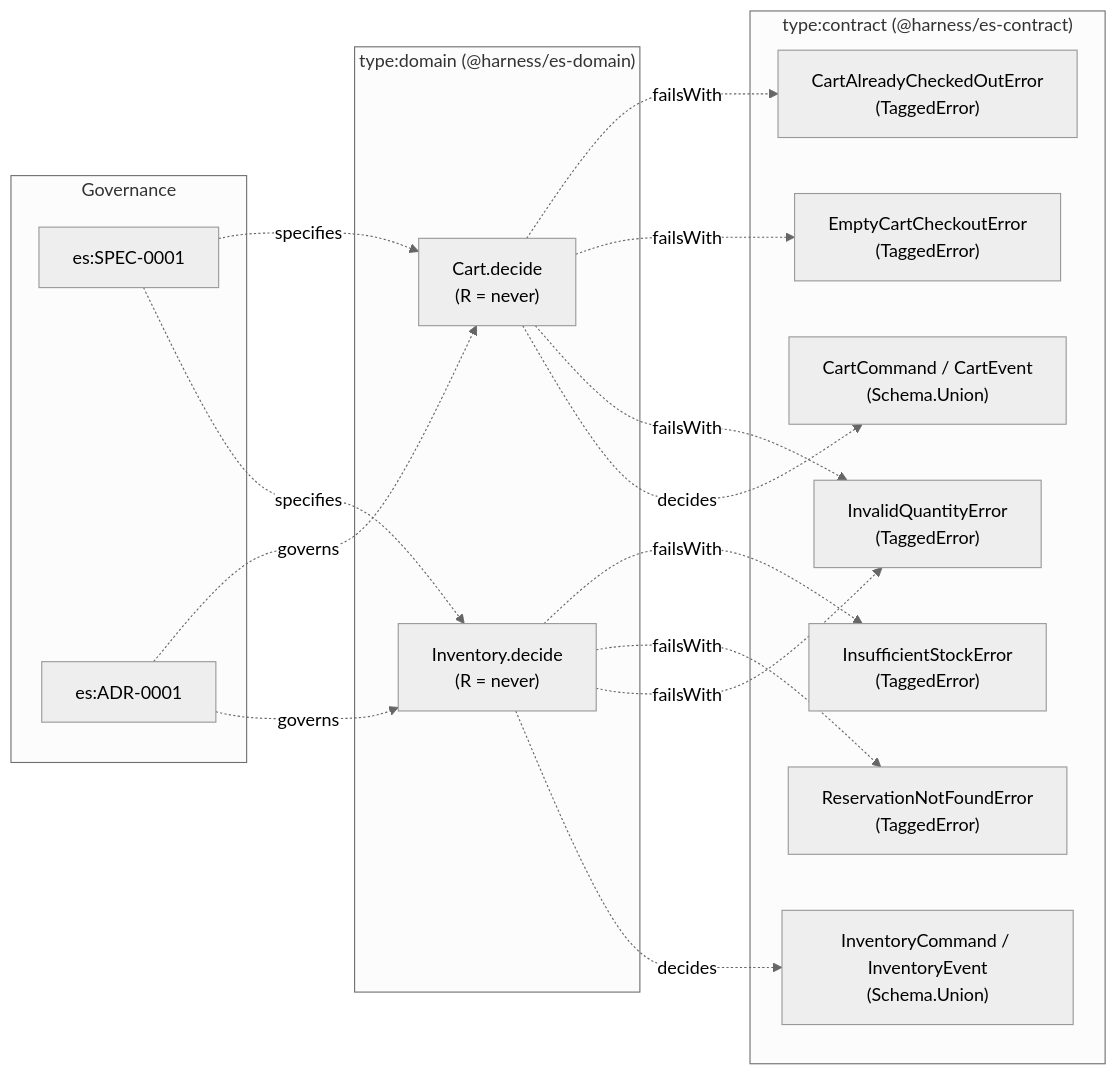
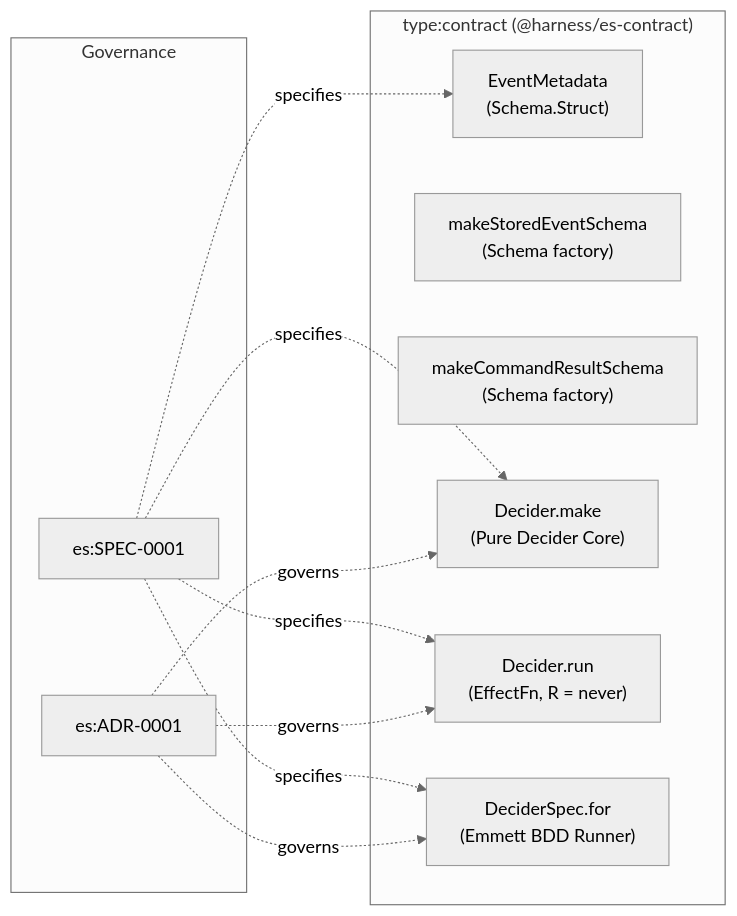
Before and after one commit to selmeci/effect-es: the diagram in libs/es/docs/specs/2026-10-28-es-decider-core.md, drawn with Mermaid (neutral theme). The commit also changed other lines of this file and 16 other files, not shown here.

Commit message:
refactor(es): isolate Cart and Inventory domain models to test fixtures

````diff
--- a/libs/es/docs/specs/2026-10-28-es-decider-core.md
+++ b/libs/es/docs/specs/2026-10-28-es-decider-core.md
@@ -105,37 +69,24 @@
 ```mermaid
 flowchart LR
     subgraph "type:contract (@harness/es-contract)"
-        E_InvalidQty["InvalidQuantityError<br/>(TaggedError)"]
-        E_CheckedOut["CartAlreadyCheckedOutError<br/>(TaggedError)"]
-        E_EmptyCart["EmptyCartCheckoutError<br/>(TaggedError)"]
-        E_Insufficient["InsufficientStockError<br/>(TaggedError)"]
-        E_ResNotFound["ReservationNotFoundError<br/>(TaggedError)"]
-        S_CartCmd["CartCommand / CartEvent<br/>(Schema.Union)"]
-        S_InvCmd["InventoryCommand / InventoryEvent<br/>(Schema.Union)"]
-    end
-
-    subgraph "type:domain (@harness/es-domain)"
-        DEC_Cart["Cart.decide<br/>(R = never)"]
-        DEC_Inv["Inventory.decide<br/>(R = never)"]
+        S_Meta["EventMetadata<br/>(Schema.Struct)"]
+        S_Stored["makeStoredEventSchema<br/>(Schema factory)"]
+        S_CmdRes["makeCommandResultSchema<br/>(Schema factory)"]
+        DEC["Decider.make<br/>(Pure Decider Core)"]
+        DEC_RUN["Decider.run<br/>(EffectFn, R = never)"]
+        SPEC_RUNNER["DeciderSpec.for<br/>(Emmett BDD Runner)"]
     end
 
     subgraph "Governance"
         SPEC["es:SPEC-0001"]
         ADR["es:ADR-0001"]
     end
 
-    DEC_Cart -. "failsWith" .-> E_CheckedOut
-    DEC_Cart -. "failsWith" .-> E_EmptyCart
-    DEC_Cart -. "failsWith" .-> E_InvalidQty
-    DEC_Cart -. "decides" .-> S_CartCmd
-
-    DEC_Inv -. "failsWith" .-> E_Insufficient
-    DEC_Inv -. "failsWith" .-> E_ResNotFound
-    DEC_Inv -. "failsWith" .-> E_InvalidQty
-    DEC_Inv -. "decides" .-> S_InvCmd
-
-    SPEC -. "specifies" .-> DEC_Cart
-    SPEC -. "specifies" .-> DEC_Inv
-    ADR -. "governs" .-> DEC_Cart
-    ADR -. "governs" .-> DEC_Inv
+    SPEC -. "specifies" .-> DEC
+    SPEC -. "specifies" .-> DEC_RUN
+    SPEC -. "specifies" .-> SPEC_RUNNER
+    SPEC -. "specifies" .-> S_Meta
+    ADR -. "governs" .-> DEC
+    ADR -. "governs" .-> DEC_RUN
+    ADR -. "governs" .-> SPEC_RUNNER
 ```
````
